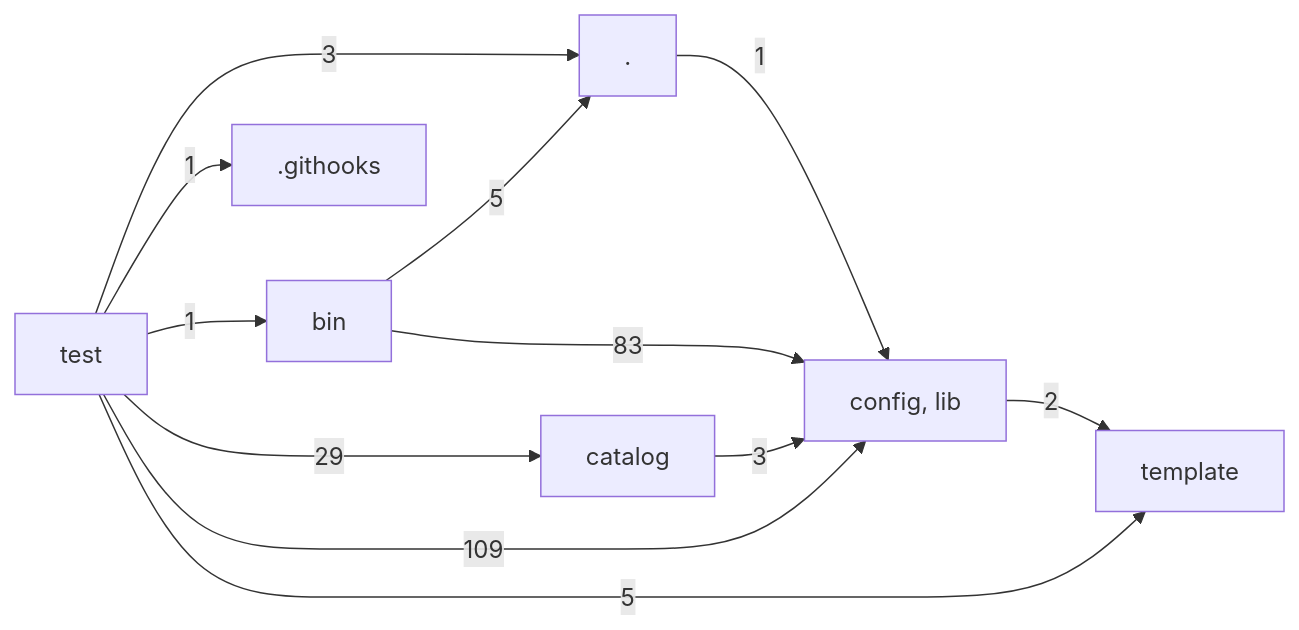
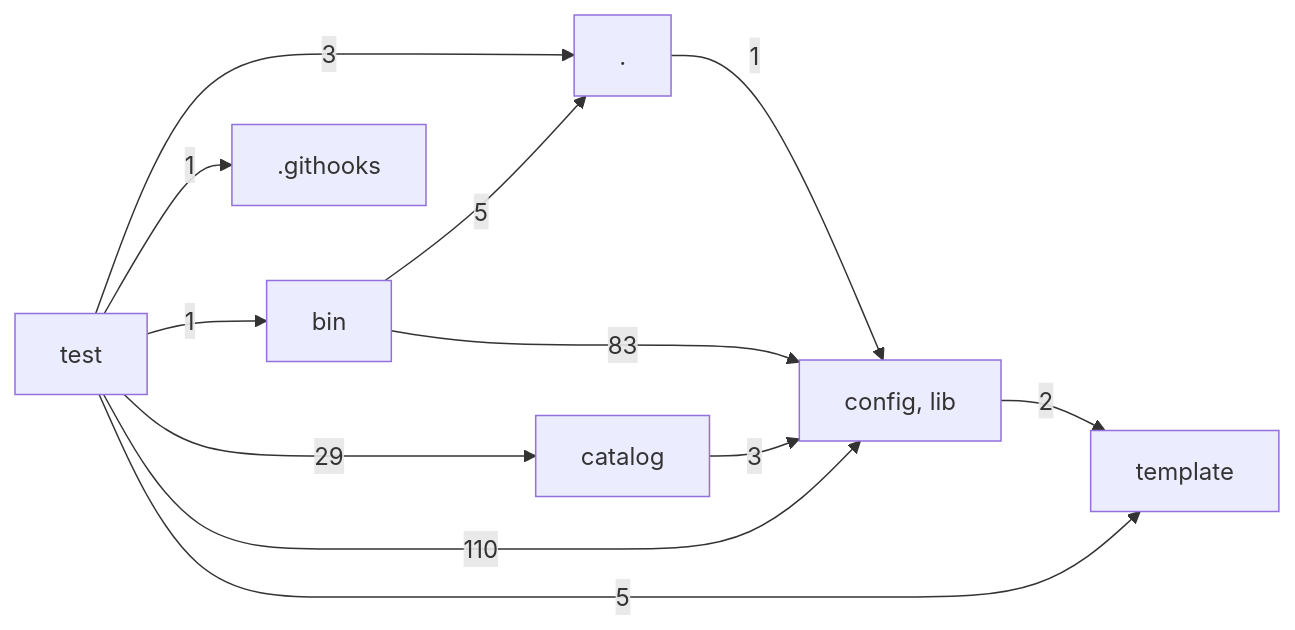
One commit to hackersandwizards/scaffolding changed the diagram in docs/architecture/layers.md. Above: the diagram before and after it, drawn with Mermaid. The commit also changed 4 other files, not shown here.

Commit message:
Include untracked sources in import graphs

````diff
--- a/docs/architecture/layers.md
+++ b/docs/architecture/layers.md
@@ -3,21 +3,21 @@
 ```mermaid
 graph LR
   L0["."]
   L1[".githooks"]
   L2["bin"]
   L3["catalog"]
   L4["config, lib"]
   L5["template"]
   L6["test"]
   L0 -->|1| L4
   L2 -->|5| L0
   L2 -->|83| L4
   L3 -->|3| L4
   L4 -->|2| L5
   L6 -->|3| L0
   L6 -->|1| L1
   L6 -->|1| L2
   L6 -->|29| L3
-  L6 -->|109| L4
+  L6 -->|110| L4
   L6 -->|5| L5
 ```
````
